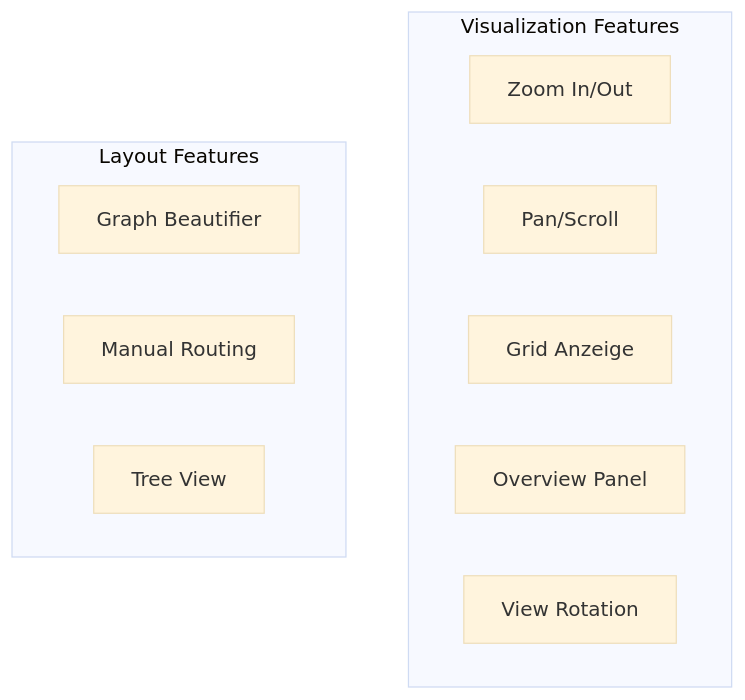
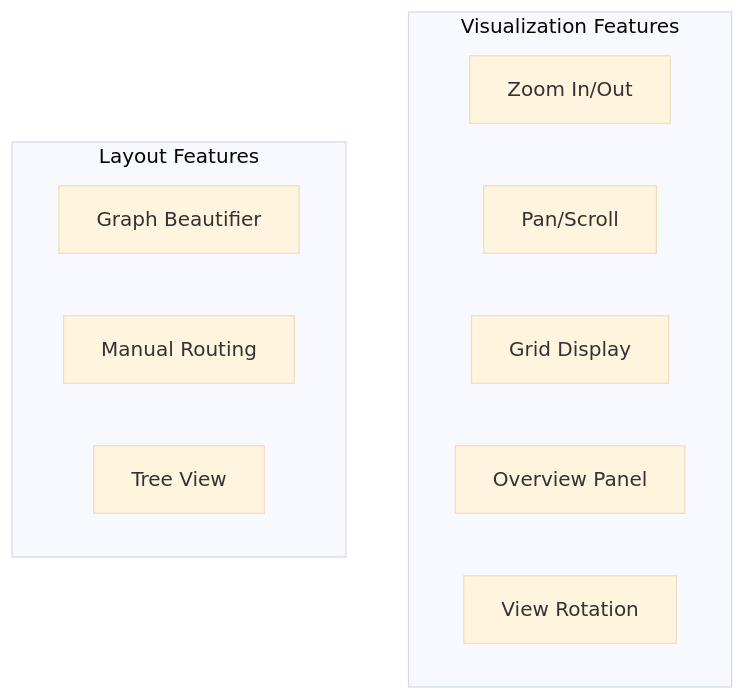
Before and after one commit to woped/woped-next: the first of 8 diagrams in docs/migration/05-visualization-layout.md, drawn with Mermaid (base theme). The commit also changed other lines of this file and 24 other files, not shown here.

````diff
--- a/docs/migration/05-visualization-layout.md
+++ b/docs/migration/05-visualization-layout.md
@@ -7,16 +7,16 @@
 ```mermaid
 graph TD
     subgraph Visualization Features
         ZOOM[Zoom In/Out]
         PAN[Pan/Scroll]
-        GRID[Grid Anzeige]
+        GRID[Grid Display]
         OVERVIEW[Overview Panel]
         ROTATE[View Rotation]
     end
     
     subgraph Layout Features
         AUTO[Graph Beautifier]
         MANUAL[Manual Routing]
         TREE[Tree View]
     end
 ```
````
